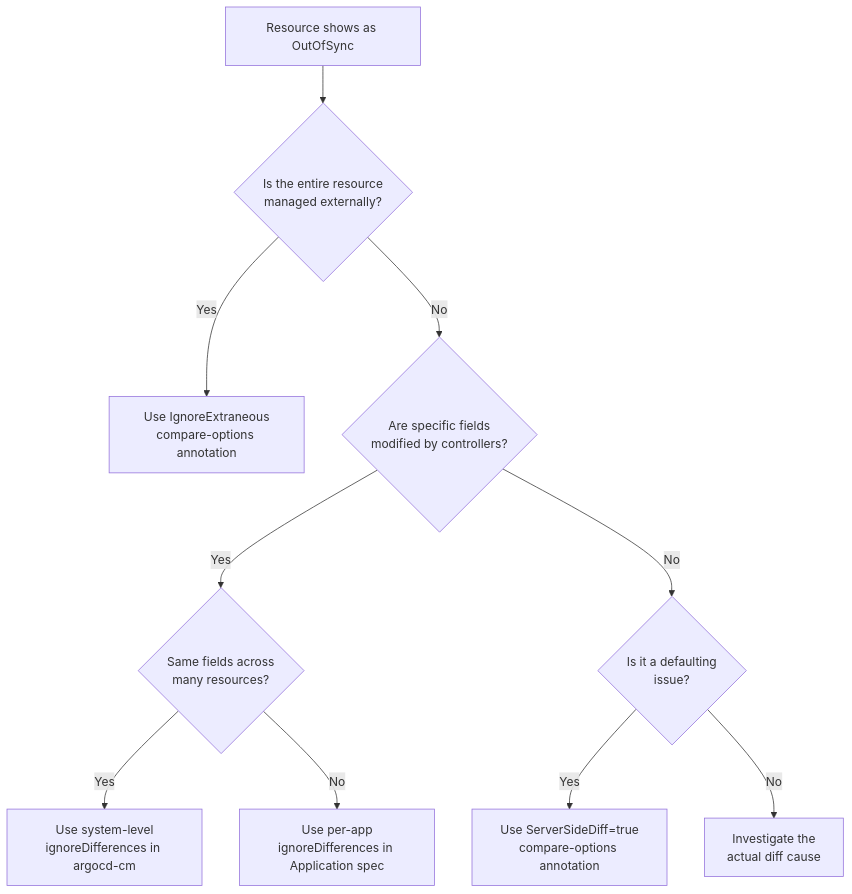
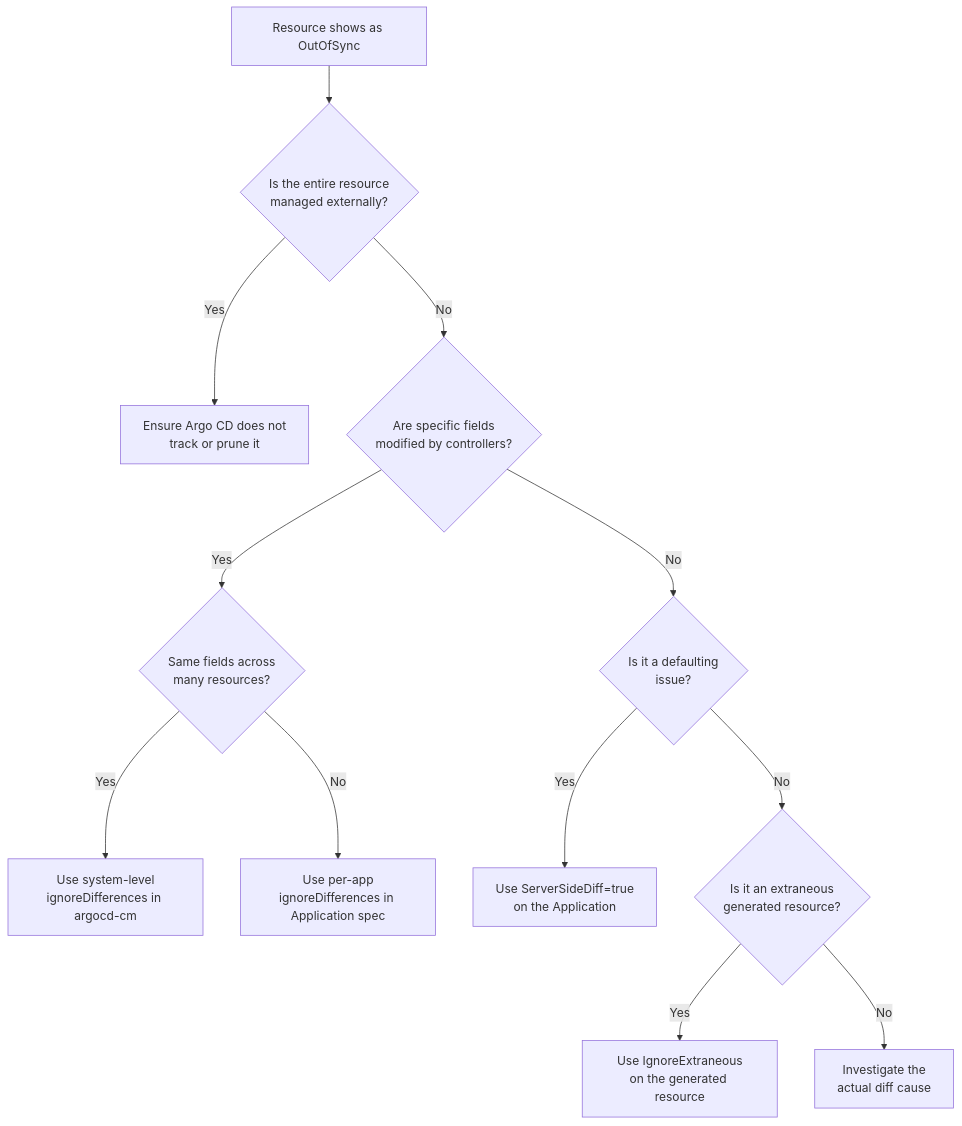
Before and after one commit to OneUptime/blog: the diagram in posts/2026-02-26-argocd-compare-options-annotation/README.md, drawn with Mermaid. The commit also changed other lines of this file and 2 other files, not shown here.

Commit message:
validate: 2026-02-26-argocd-compare-options-annotation

````diff
--- a/posts/2026-02-26-argocd-compare-options-annotation/README.md
+++ b/posts/2026-02-26-argocd-compare-options-annotation/README.md
@@ -198,12 +185,14 @@
 ```mermaid
 graph TD
     A[Resource shows as OutOfSync] --> B{Is the entire resource<br/>managed externally?}
-    B -->|Yes| C[Use IgnoreExtraneous<br/>compare-options annotation]
+    B -->|Yes| C[Ensure Argo CD does not<br/>track or prune it]
     B -->|No| D{Are specific fields<br/>modified by controllers?}
     D -->|Yes| E{Same fields across<br/>many resources?}
     E -->|Yes| F[Use system-level<br/>ignoreDifferences in argocd-cm]
     E -->|No| G[Use per-app<br/>ignoreDifferences in Application spec]
     D -->|No| H{Is it a defaulting<br/>issue?}
-    H -->|Yes| I[Use ServerSideDiff=true<br/>compare-options annotation]
-    H -->|No| J[Investigate the<br/>actual diff cause]
+    H -->|Yes| I[Use ServerSideDiff=true<br/>on the Application]
+    H -->|No| J{Is it an extraneous<br/>generated resource?}
+    J -->|Yes| K[Use IgnoreExtraneous<br/>on the generated resource]
+    J -->|No| L[Investigate the<br/>actual diff cause]
 ```
````
